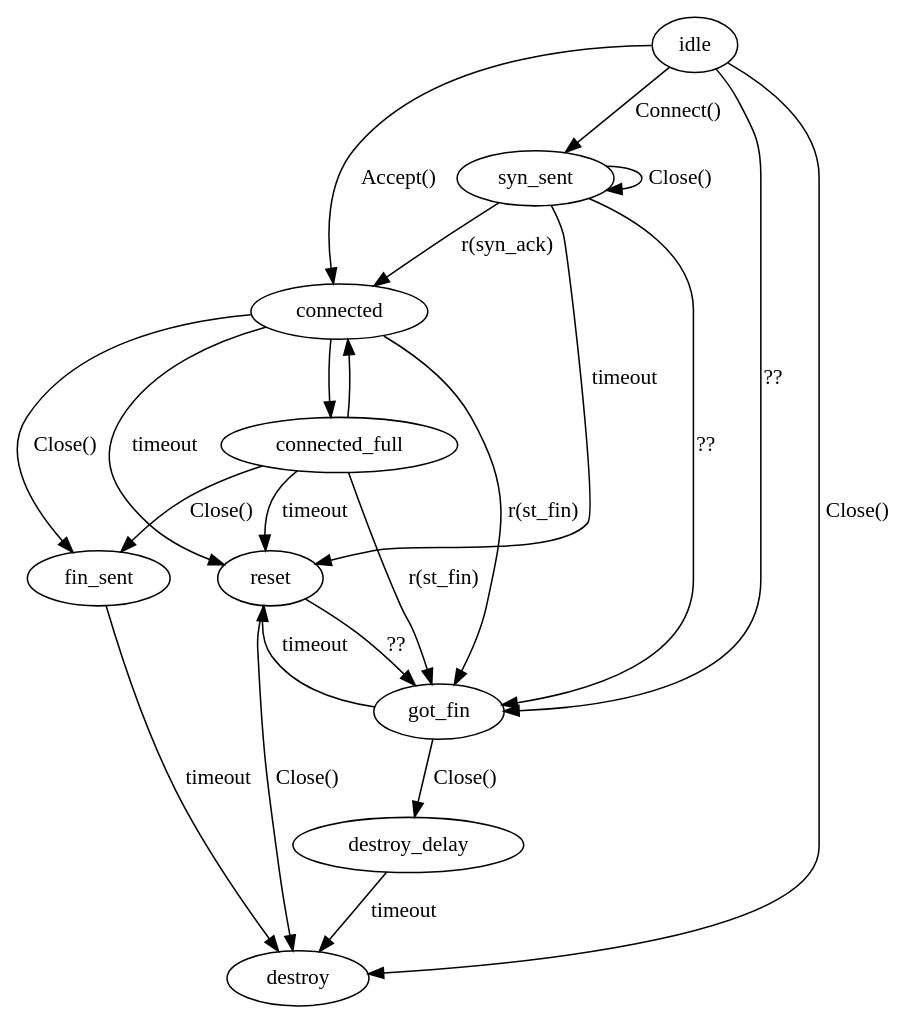
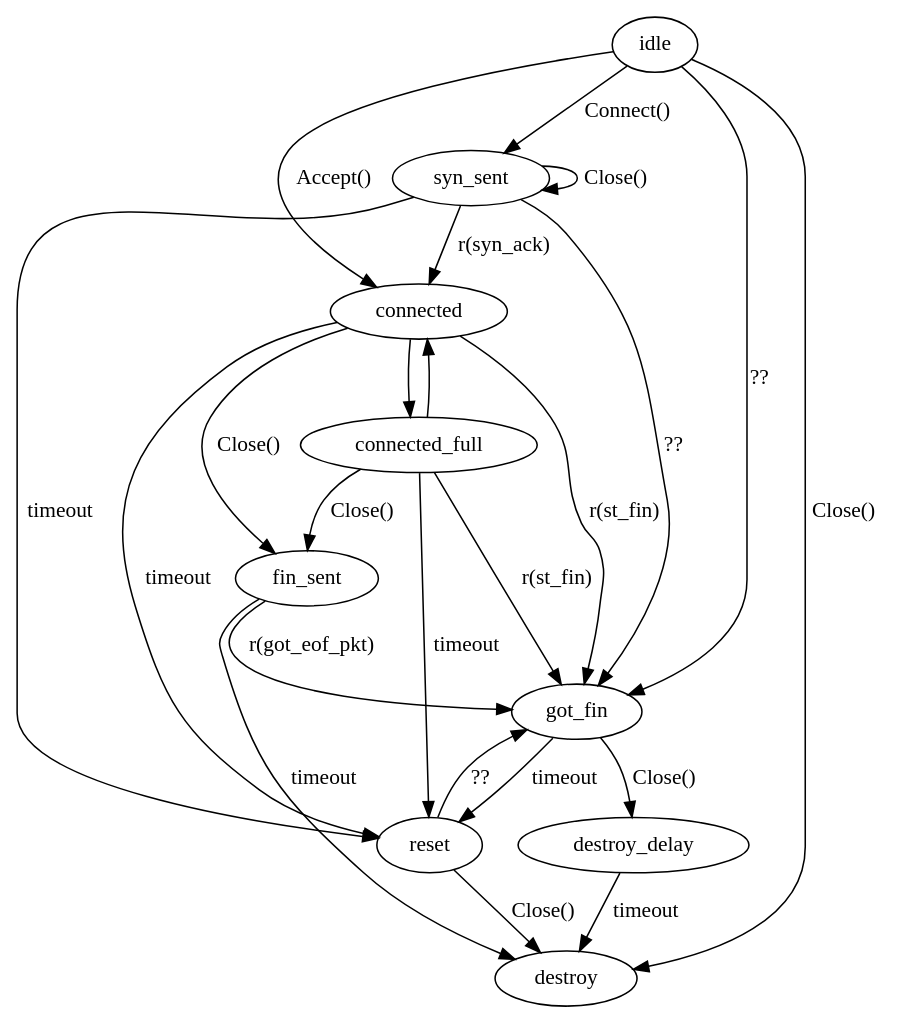
One commit to jlouis/etorrent changed the diagram in documentation/utp.dot. Above: the diagram before and after it, drawn with Graphviz. The commit also changed 2 other files, not shown here.

```diff
--- a/documentation/utp.dot
+++ b/documentation/utp.dot
@@ -1,31 +1,32 @@
 digraph {
 	/* Initialization */
 	idle -> syn_sent [label="Connect()"];
 	syn_sent -> connected [label="r(syn_ack)"];
 	idle -> connected [label="Accept()"];
 	/* Close */
 	idle -> destroy [label="Close()"];
 	syn_sent -> syn_sent [label="Close()"];
 	connected -> fin_sent [label="Close()"];
 	connected_full -> fin_sent [label="Close()"];
 	got_fin -> destroy_delay [label="Close()"];
 	reset -> destroy [label="Close()"];
 	/* Connection SendBuf overflow */
 	connected -> connected_full;
 	connected_full -> connected;
 	/* Destroy */
 	destroy_delay -> destroy [label="timeout"];
 	got_fin -> reset [label="timeout"];
 	/* Finailization */
 	connected -> got_fin [label="r(st_fin)"];
 	connected_full -> got_fin [label="r(st_fin)"];
 	syn_sent -> got_fin [label="??"];
+	fin_sent -> got_fin [label="r(got_eof_pkt)"];
 	idle     -> got_fin [label="??"];
 	reset    -> got_fin [label="??"];
 	fin_sent -> destroy [label="timeout"];
 	/* Resetting */
 	syn_sent -> reset [label="timeout"];
 	connected -> reset [label="timeout"];
 	connected_full -> reset [label="timeout"];
 
 }
```
